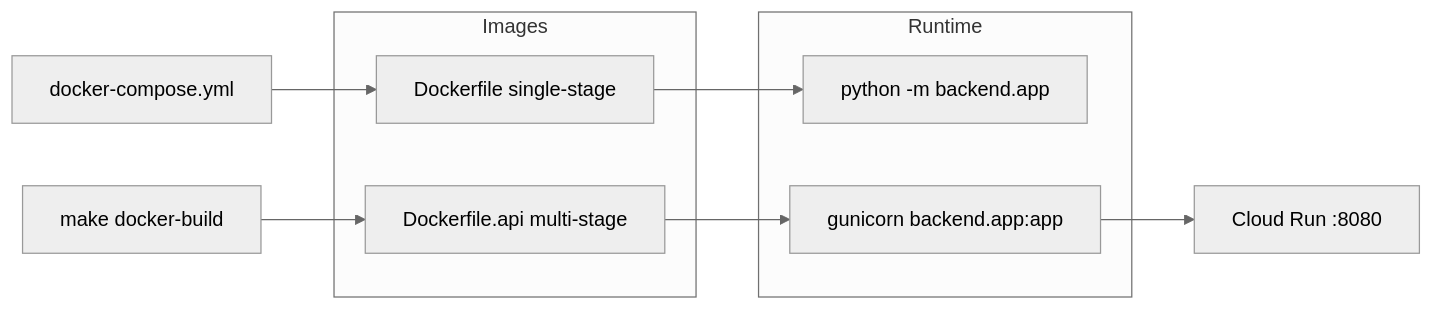
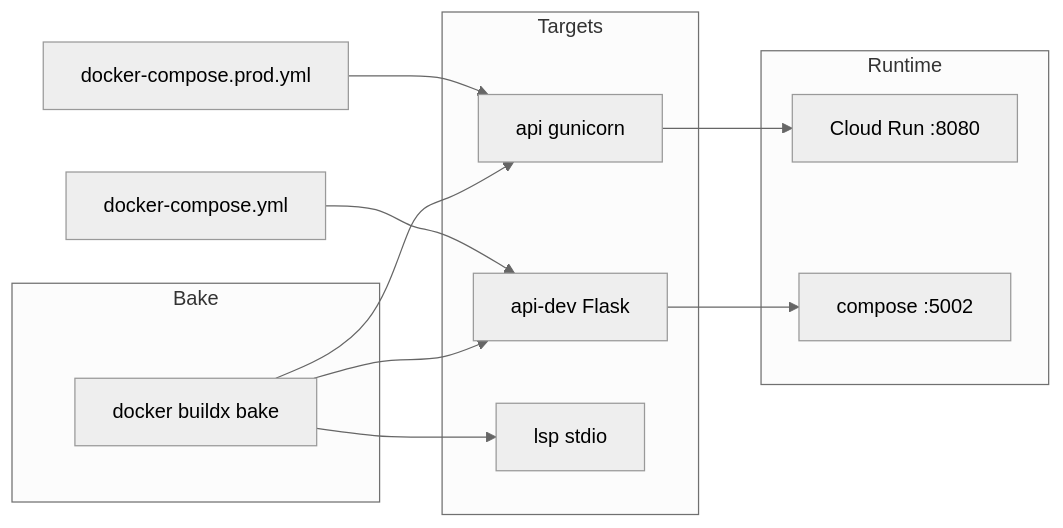
Before and after one commit to hoox-sh/pyne: the diagram in docs/pyne/devops/docker.mdx, drawn with Mermaid (neutral theme). The commit also changed other lines of this file and 16 other files, not shown here.

First line of the commit message:
feat(docker): multi-stage multi-target image with bake and compose overlays

````diff
--- a/docs/pyne/devops/docker.mdx
+++ b/docs/pyne/devops/docker.mdx
@@ -35,16 +33,22 @@
 ```mermaid
 flowchart LR
-  subgraph Images
-    D1[Dockerfile single-stage]
-    D2[Dockerfile.api multi-stage]
+  subgraph Bake
+    B[docker buildx bake]
+  end
+  subgraph Targets
+    T1[api gunicorn]
+    T2[api-dev Flask]
+    T3[lsp stdio]
   end
   subgraph Runtime
-    DEV[python -m backend.app]
-    PROD[gunicorn backend.app:app]
+    CR[Cloud Run :8080]
+    CMP[compose :5002]
   end
-  D1 --> DEV
-  D2 --> PROD
-  PROD --> CR[Cloud Run :8080]
-  COMPOSE[docker-compose.yml] --> D1
-  MAKE[make docker-build] --> D2
+  B --> T1
+  B --> T2
+  B --> T3
+  T1 --> CR
+  T2 --> CMP
+  COMPOSE[docker-compose.yml] --> T2
+  PROD[docker-compose.prod.yml] --> T1
 ```
````
